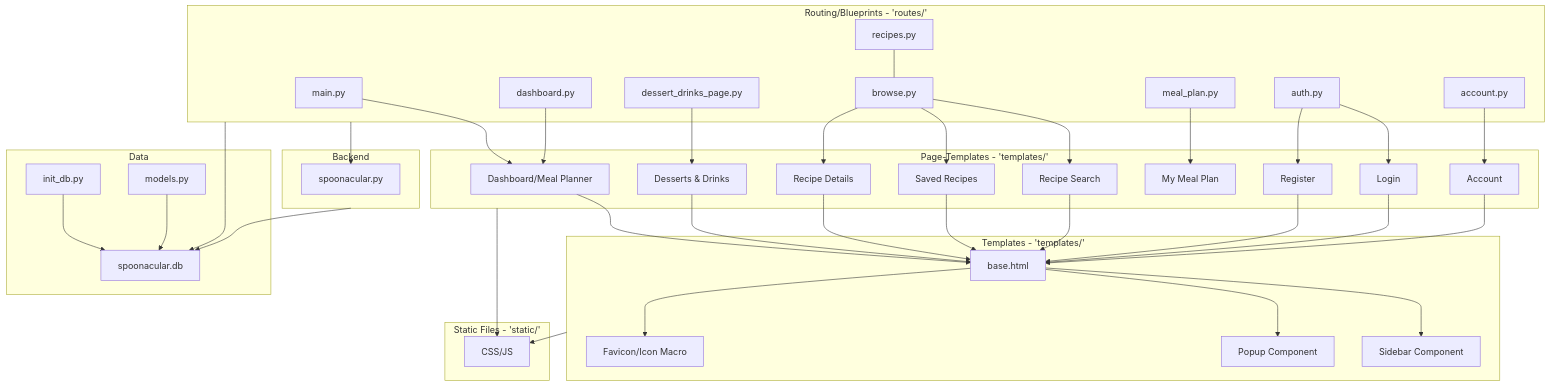
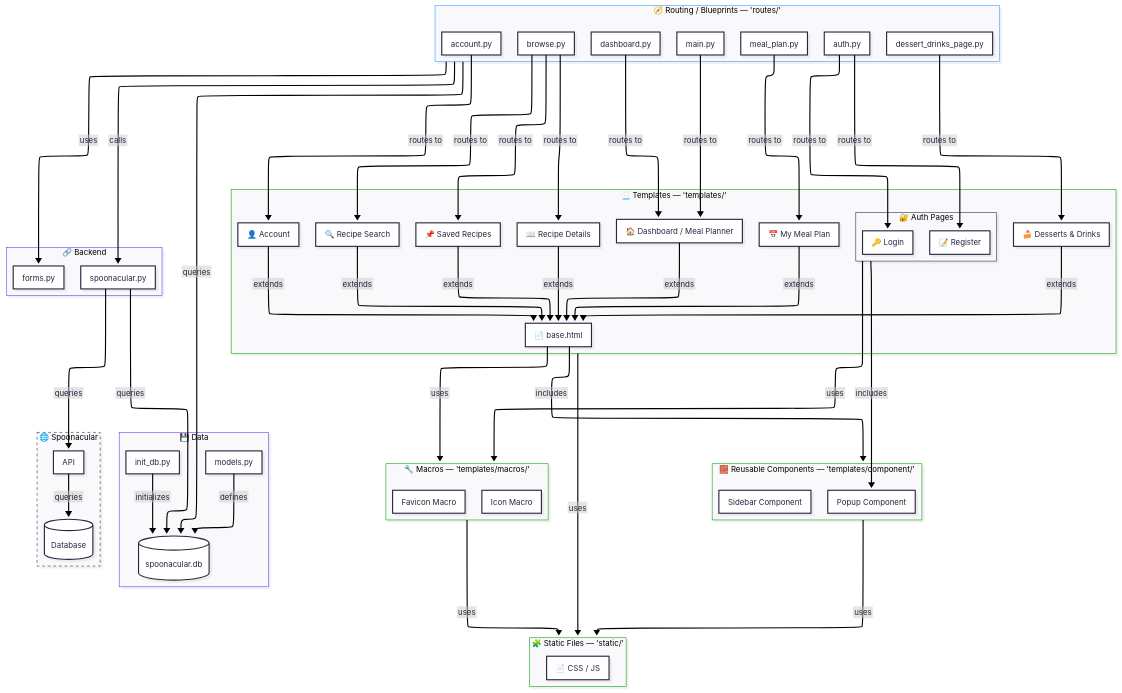
The diagram in doc/diagrams/structure/structure.md (KireStrings/Meal-Planner), drawn with Mermaid before and after one commit. The commit also changed 3 other files, not shown here.

Commit message:
doc: removed recipes.py in structure diagram

````diff
--- a/doc/diagrams/structure/structure.md
+++ b/doc/diagrams/structure/structure.md
@@ -1,93 +1,144 @@
 ```mermaid
+---
+config:
+  layout: elk
+  theme: redux
+  look: neo
+  htmlLabels: false
+  flowchart:
+    htmlLabels: false
+---
+
 graph TD
-    subgraph Static Files[Static Files - 'static/']
-        S1[CSS/JS]
-    end
 
-subgraph Templates[Templates - 'templates/']
-    T1[base.html]
-    T2[Sidebar Component]
-    T3[Popup Component]
-    T4[Favicon/Icon Macro]
+%% ───────────────────────────────────────────────
+%% STATIC FILES
+%% ───────────────────────────────────────────────
+subgraph Static["🧩 Static Files — 'static/'"]
+S1[📄 CSS / JS]
 end
 
-subgraph Page-Templates[Page-Templates - 'templates/']
-    P1[Dashboard/Meal Planner]
-    P3[Desserts & Drinks]
-    P4[Recipe Search]
-    P5[Saved Recipes]
-    P6[Recipe Details]
-    P7[My Meal Plan]
-    P8[Account]
-    P9[Login]
-    P10[Register]
+%% ───────────────────────────────────────────────
+%% COMPONENTS & MACROS
+%% ───────────────────────────────────────────────
+subgraph Components["🧱 Reusable Components — 'templates/component/'"]
+C1[Sidebar Component]
+C2[Popup Component]
 end
 
-subgraph Routing[Routing/Blueprints - 'routes/']
-    R1[main.py]
-    R2[dashboard.py]
-    R3[dessert_drinks_page.py]
-    R4[browse.py]
-    R5[recipes.py]
-    R6[meal_plan.py]
-    R7[auth.py]
-    R8[account.py]
+subgraph Macros["🔧 Macros — 'templates/macros/'"]
+M1[Favicon Macro]
+M2[Icon Macro]
 end
 
-subgraph Backend
-    B1[spoonacular.py]
+%% ───────────────────────────────────────────────
+%% TEMPLATES
+%% ───────────────────────────────────────────────
+subgraph Templates["📃 Templates — 'templates/'"]
+T1[📄 base.html]
+
+P2[🏠 Dashboard / Meal Planner]
+P3[🍰 Desserts & Drinks]
+P4[🔍 Recipe Search]
+P5[📌 Saved Recipes]
+P6[📖 Recipe Details]
+P7[📅 My Meal Plan]
+P8[👤 Account]
+
+subgraph AuthPages["🔐 Auth Pages"]
+P9[🔑 Login]
+P10[📝 Register]
+end
 end
 
-subgraph Data
-    D2[init_db.py]
-    D1[models.py]
-    D3[spoonacular.db]
+%% ───────────────────────────────────────────────
+%% ROUTES
+%% ───────────────────────────────────────────────
+subgraph Routing["🧭 Routing / Blueprints — 'routes/'"]
+R1[main.py]
+R2[dashboard.py]
+R6[meal_plan.py]
+R3[dessert_drinks_page.py]
+R4[browse.py]
+R7[auth.py]
+R8[account.py]
 end
 
-%% Routing Connections
-R1 --> P1
-R2 --> P1
+%% ───────────────────────────────────────────────
+%% BACKEND
+%% ───────────────────────────────────────────────
+subgraph Backend["🔗 Backend"]
+B1[spoonacular.py]
+B2[forms.py]
+end
 
-R3 --> P3
+%% ───────────────────────────────────────────────
+%% DATA LAYER
+%% ───────────────────────────────────────────────
+subgraph Data["💾 Data"]
+D1[models.py]
+D2[init_db.py]
+D3[(spoonacular.db)]
+end
 
-R4 --> P4 
-R4 --> P5 
-R4 --> P6
-R5 --- R4
+%% ───────────────────────────────────────────────
+%% Sponacular API
+%% ───────────────────────────────────────────────
+subgraph Spoonacular["🌐 Spoonacular"]
+A1[API]
+A2[(Database)]
+end
 
-R6 --> P7
+%% ───────────────────────────────────────────────
+%% RELATIONS
+%% ───────────────────────────────────────────────
 
-R7 --> P9
-R7 --> P10
-    
-R8 --> P8
+%% Routing to Pages
+R1 -->|routes to| P2
+R2 -->|routes to| P2
+R3 -->|routes to| P3
+R4 -->|routes to| P4 & P5 & P6
+R6 -->|routes to| P7
+R7 -->|routes to| P9 & P10
+R8 -->|routes to| P8
 
-Routing --> B1
+%% Page templates use base.html
+P2 & P3 & P4 & P5 & P6 & P7 & P8 -->|extends| T1
 
-%% Pages to base.html
-P1 --> T1
-P3 --> T1
-P4 --> T1
-P5 --> T1
-P6 --> T1
-P8 --> T1
-P9 --> T1
-P10 --> T1
+%% base.html includes components and macros
+T1 -->|includes| Components
+T1 -->|uses| Macros
 
-%% Templates to Macros/Components
-T1 --> T2
-T1 --> T3
-T1 --> T4
+%% Auth pages use components and macros directly
+AuthPages -->|includes| C2
+AuthPages -->|uses| Macros
 
-%% Templates to Static Files
-Templates --> S1
-Page-Templates --> S1
+%% Static use
+Templates & Components & Macros -->|uses| Static
 
-%% DB Initialization and Models
-D1 --> D3
-D2 --> D3
+%% Routing and Backend depend on DB
+Routing -->|uses| B2
+B1 & Routing -->|queries| D3
+D1 -->|defines| D3
+D2 -->|initializes| D3
 
-%% Backend & Routes to DB
-Backend --> D3
-Routing --> D3
+%% Backend Access
+Routing -->|calls| B1
+
+%% API-Access
+A1 -->|queries| A2
+B1 -->|queries| A1
+
+%% Stylized borders
+style Spoonacular stroke-dasharray: 5 5
+classDef routing stroke:#3396ff;
+class Routing routing
+classDef backend stroke:#6e33ff;
+class Backend backend
+class Data backend
+classDef frontend stroke:#009e07;
+class Templates frontend
+class Components frontend
+class Macros frontend
+class Static frontend
 ```
````
